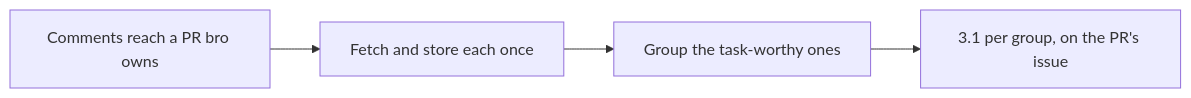
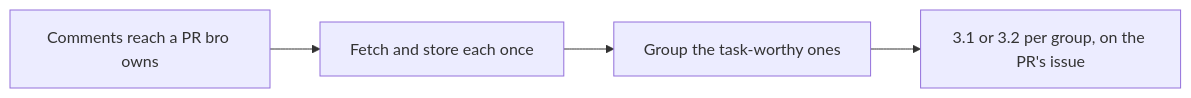
One commit to trustmybot/plugin changed the ninth of 17 diagrams in docs/architecture/FLOWS.md. Above: the diagram before and after it, drawn with Mermaid. The commit also changed other lines of this file and 3 other files, not shown here.

First line of the commit message:
📝 docs(architecture): code task and non-code task flows (GH 3139)

````diff
--- a/docs/architecture/FLOWS.md
+++ b/docs/architecture/FLOWS.md
@@ -134,6 +140,6 @@
 ```mermaid
 flowchart LR
     A[Comments reach a PR bro owns] --> B[Fetch and store each once]
     B --> C[Group the task-worthy ones]
-    C --> D[3.1 per group, on the PR's issue]
+    C --> D[3.1 or 3.2 per group, on the PR's issue]
 ```
````
